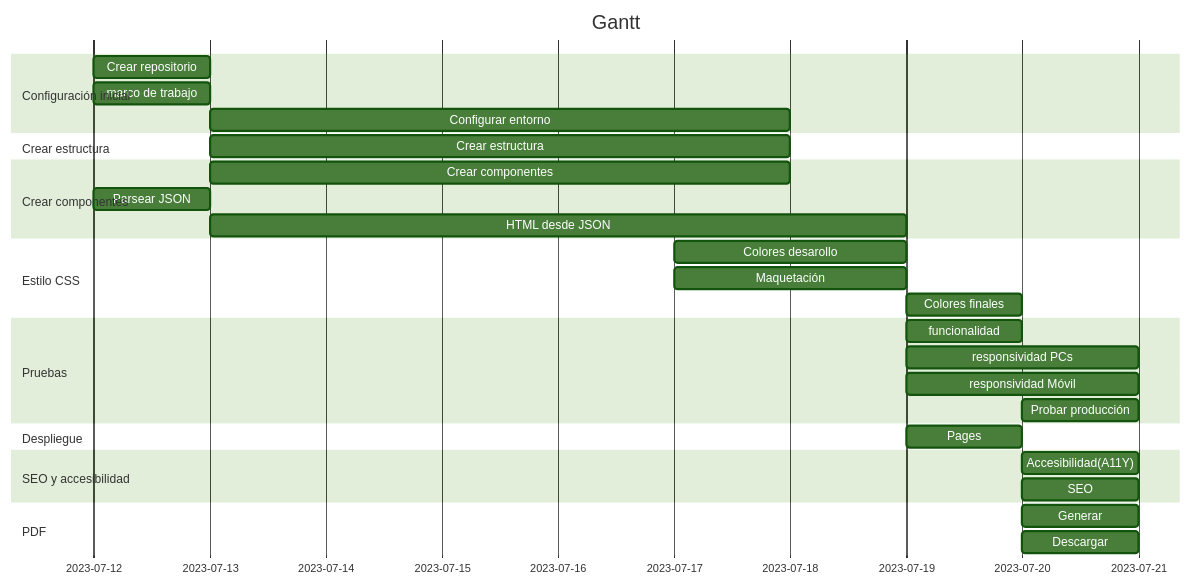
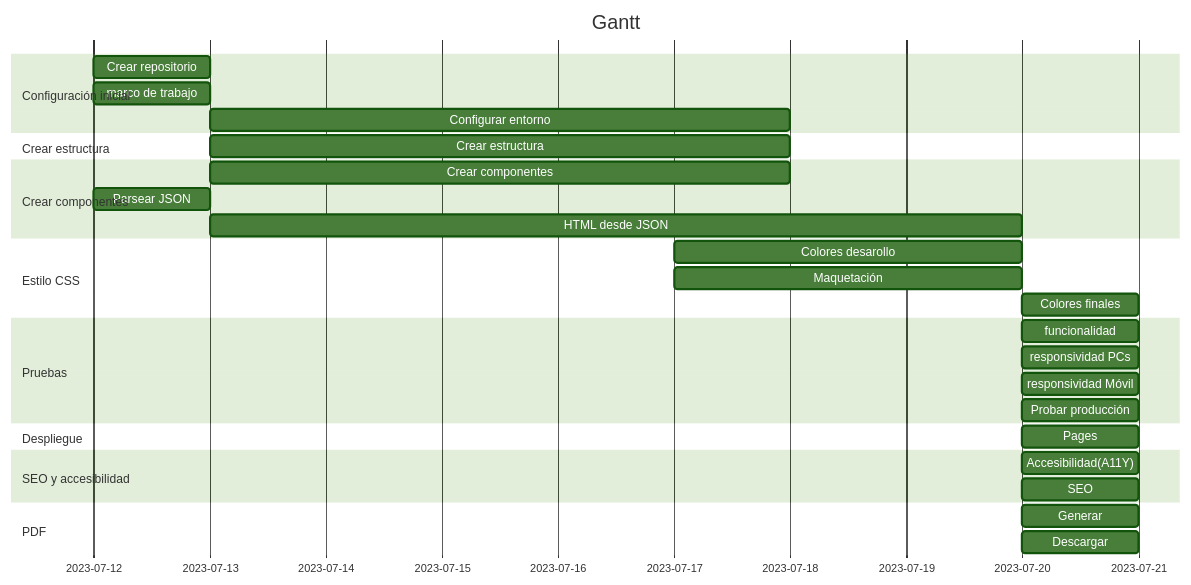
Before and after one commit to elMestreAcademy/awesomic_sivi: the first of 2 diagrams in doc/backlog.md, drawn with Mermaid (forest theme). The commit also changed other lines of this file, not shown here.

Commit message:
Plan 007

````diff
--- a/doc/backlog.md
+++ b/doc/backlog.md
@@ -70,42 +70,42 @@
 ```mermaid
 gantt
         dateFormat    YYYY-MM-DD
         title Gantt
 
         section Configuración inicial
         Crear repositorio :a1, 2023-07-12, 1d
         marco de trabajo :a1, 2023-07-12, 1d
         Configurar entorno:after a1, 5d
 
         section Crear estructura
         Crear estructura  :after a1, 5d
 
         section Crear componentes
         Crear componentes :after a1, 5d
         Parsear JSON :a1, 2023-07-12, 1d
-        HTML desde JSON :after a1, 6d
+        HTML desde JSON :after a1, 7d
 
         section Estilo CSS
-        Colores desarollo :e1, 2023-07-17, 2d
-        Maquetación :e1, 2023-07-17, 2d
+        Colores desarollo :e1, 2023-07-17, 3d
+        Maquetación :e1, 2023-07-17, 3d
         Colores finales :after e1, 1d
 
         section Pruebas
-        funcionalidad :f1, 2023-07-19, 1d
-        responsividad PCs :f1, 2023-07-19, 2d
-        responsividad Móvil :f1, 2023-07-19, 2d
+        funcionalidad :f1, 2023-07-20, 1d
+        responsividad PCs :f1, 2023-07-20, 1d
+        responsividad Móvil :f1, 2023-07-20, 1d
         Probar producción :f1, 2023-07-20, 1d
 
         section Despliegue
-        Pages: desplegar :g1, 2023-07-19, 1d
+        Pages: desplegar :g1, 2023-07-20, 1d
         
 
         section SEO y accesibilidad
         Accesibilidad(A11Y) :h1, 2023-07-20, 1d
         SEO : i1, 2023-07-20, 1d
 
         section PDF
         Generar :i1, 2023-07-20, 1d
         Descargar : i1, 2023-07-20, 1d
 
 ```
````
